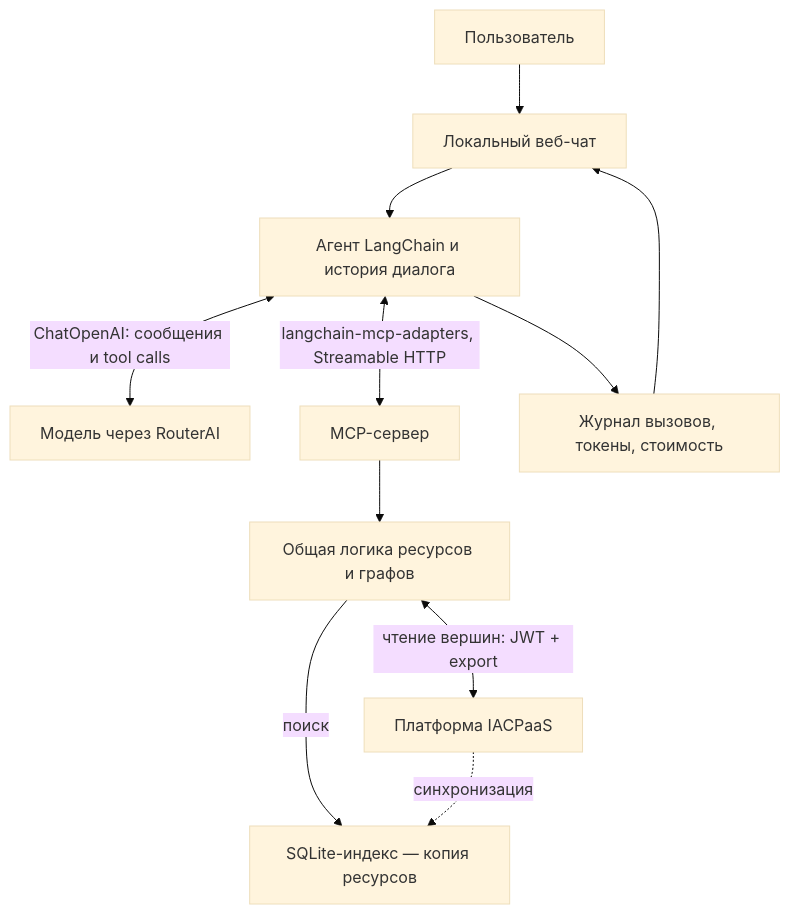
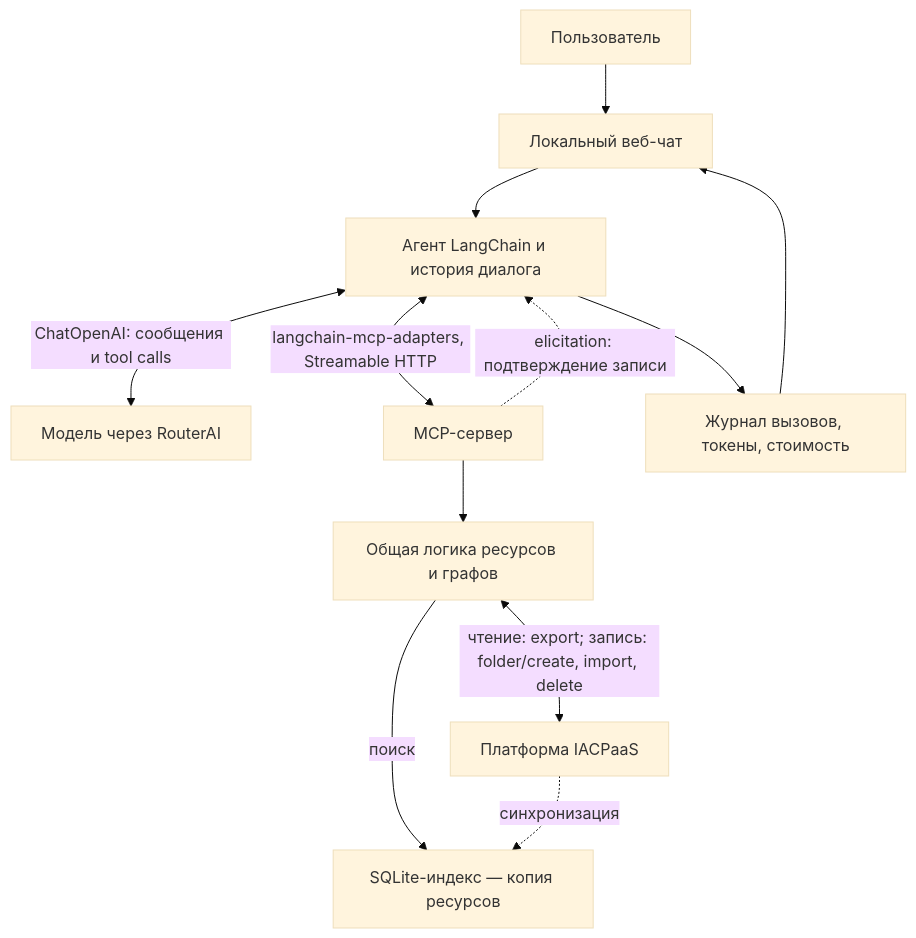
The diagram in docs/architecture.md (Ser4ey/iacpaas-mcp-agent-chat), drawn with Mermaid (base theme) before and after one commit. The commit also changed other lines of this file and 6 other files, not shown here.

First line of the commit message:
Документация: запись в IACPaaS, защита, подтверждение, чтение по пути; проверка 2 ноября

````diff
--- a/docs/architecture.md
+++ b/docs/architecture.md
@@ -7,13 +7,14 @@
 ```mermaid
 flowchart TD
     U[Пользователь] --> W[Локальный веб-чат]
     W --> A[Агент LangChain и история диалога]
     A <-->|ChatOpenAI: сообщения и tool calls| L[Модель через RouterAI]
     A <-->|langchain-mcp-adapters, Streamable HTTP| M[MCP-сервер]
     M --> D[Общая логика ресурсов и графов]
     D -->|поиск| I[SQLite-индекс — копия ресурсов]
-    D <-->|чтение вершин: JWT + export| P[Платформа IACPaaS]
+    D <-->|чтение: export; запись: folder/create, import, delete| P[Платформа IACPaaS]
+    M -.->|elicitation: подтверждение записи| A
     P -.->|синхронизация| I
     A --> T[Журнал вызовов, токены, стоимость]
     T --> W
 ```
````
